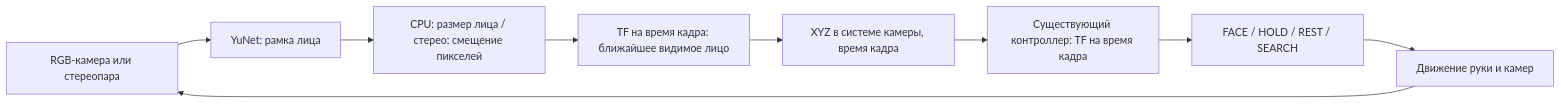
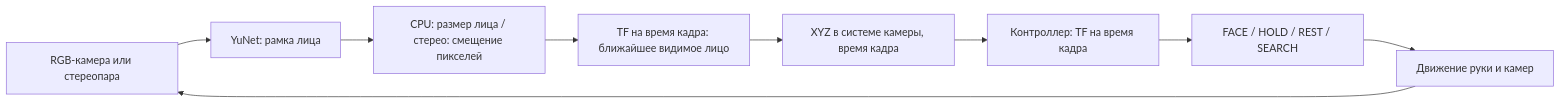
One commit to YARzich/face_tracking_arm changed the diagram in docs/tracking_vision.md. Above: the diagram before and after it, drawn with Mermaid. The commit also changed other lines of this file and 143 other files, not shown here.

````diff
--- a/docs/tracking_vision.md
+++ b/docs/tracking_vision.md
@@ -147,11 +395,11 @@
 ```mermaid
 flowchart LR
   S[RGB-камера или стереопара] --> D[YuNet: рамка лица]
   D --> Z[CPU: размер лица / стерео: смещение пикселей]
   Z --> N[TF на время кадра: ближайшее видимое лицо]
   N --> P[XYZ в системе камеры, время кадра]
-  P --> T[Существующий контроллер: TF на время кадра]
+  P --> T[Контроллер: TF на время кадра]
   T --> M[FACE / HOLD / REST / SEARCH]
   M --> A[Движение руки и камер]
   A --> S
 ```
````
